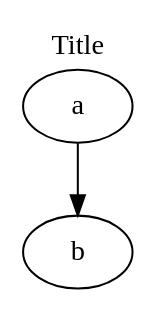
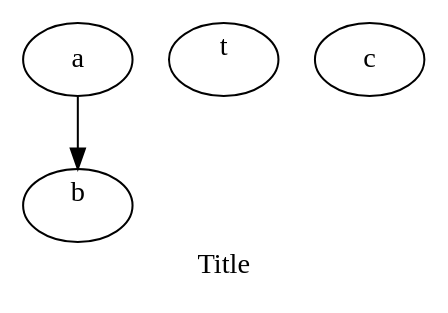
Diagram 12 of 12 in other/graphviz/tips.md (sisyphus1212/note), drawn with Graphviz before and after one commit.

Commit message:
auto_update

````diff
--- a/other/graphviz/tips.md
+++ b/other/graphviz/tips.md
@@ -237,7 +237,10 @@
 ```graphviz
 digraph {
-  labelloc="t"
+  labelloc="c"
   label="Title"
   a -> b
+  t [labelloc=t]
+  c [labelloc=c]
+  b [labelloc=t]
 }
 ```
````
